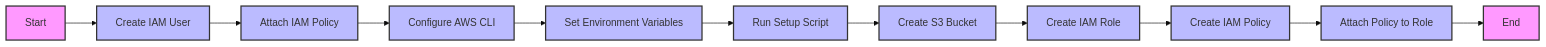
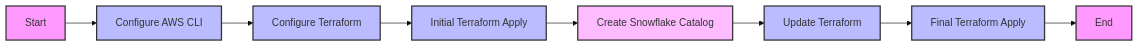
One commit to aiven/aiven-examples changed the second of 6 diagrams in solutions/aiven-iceberg-tutorial/README.md. Above: the diagram before and after it, drawn with Mermaid (base theme). The commit also changed other lines of this file and 10 other files, not shown here.

Commit message:
migrate to fully terraform no shell script

````diff
--- a/solutions/aiven-iceberg-tutorial/README.md
+++ b/solutions/aiven-iceberg-tutorial/README.md
@@ -75,25 +82,19 @@
 ```mermaid
 flowchart LR
-    A[Start] --> B[Create IAM User]
-    B --> C[Attach IAM Policy]
-    C --> D[Configure AWS CLI]
-    D --> E[Set Environment Variables]
-    E --> F[Run Setup Script]
-    F --> G[Create S3 Bucket]
-    G --> H[Create IAM Role]
-    H --> I[Create IAM Policy]
-    I --> J[Attach Policy to Role]
-    J --> K[End]
+    A[Start] --> B[Configure AWS CLI]
+    B --> C[Configure Terraform]
+    C --> D[Initial Terraform Apply]
+    D --> E[Create Snowflake Catalog]
+    E --> F[Update Terraform]
+    F --> G[Final Terraform Apply]
+    G --> H[End]
 
     style A fill:#f9f,stroke:#333,stroke-width:2px
-    style K fill:#f9f,stroke:#333,stroke-width:2px
+    style H fill:#f9f,stroke:#333,stroke-width:2px
     style B fill:#bbf,stroke:#333,stroke-width:2px
     style C fill:#bbf,stroke:#333,stroke-width:2px
     style D fill:#bbf,stroke:#333,stroke-width:2px
-    style E fill:#bbf,stroke:#333,stroke-width:2px
+    style E fill:#fbf,stroke:#333,stroke-width:2px
     style F fill:#bbf,stroke:#333,stroke-width:2px
     style G fill:#bbf,stroke:#333,stroke-width:2px
-    style H fill:#bbf,stroke:#333,stroke-width:2px
-    style I fill:#bbf,stroke:#333,stroke-width:2px
-    style J fill:#bbf,stroke:#333,stroke-width:2px
 ```
````
